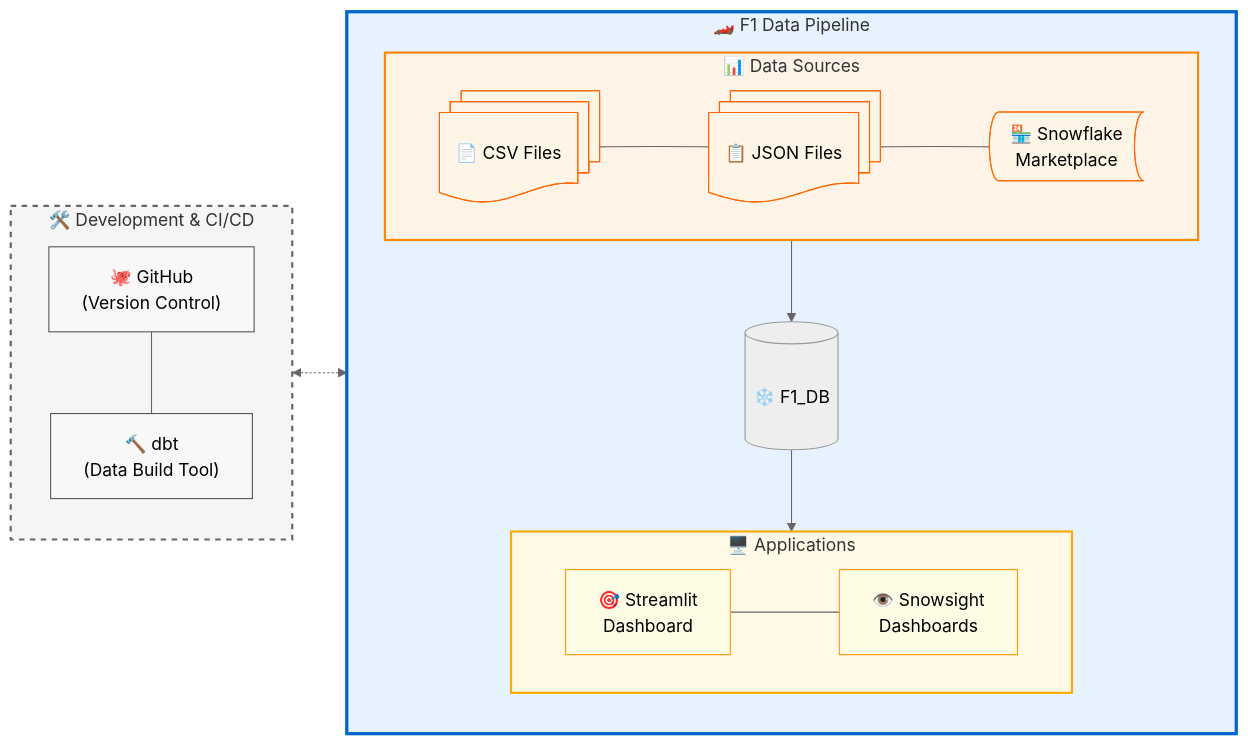
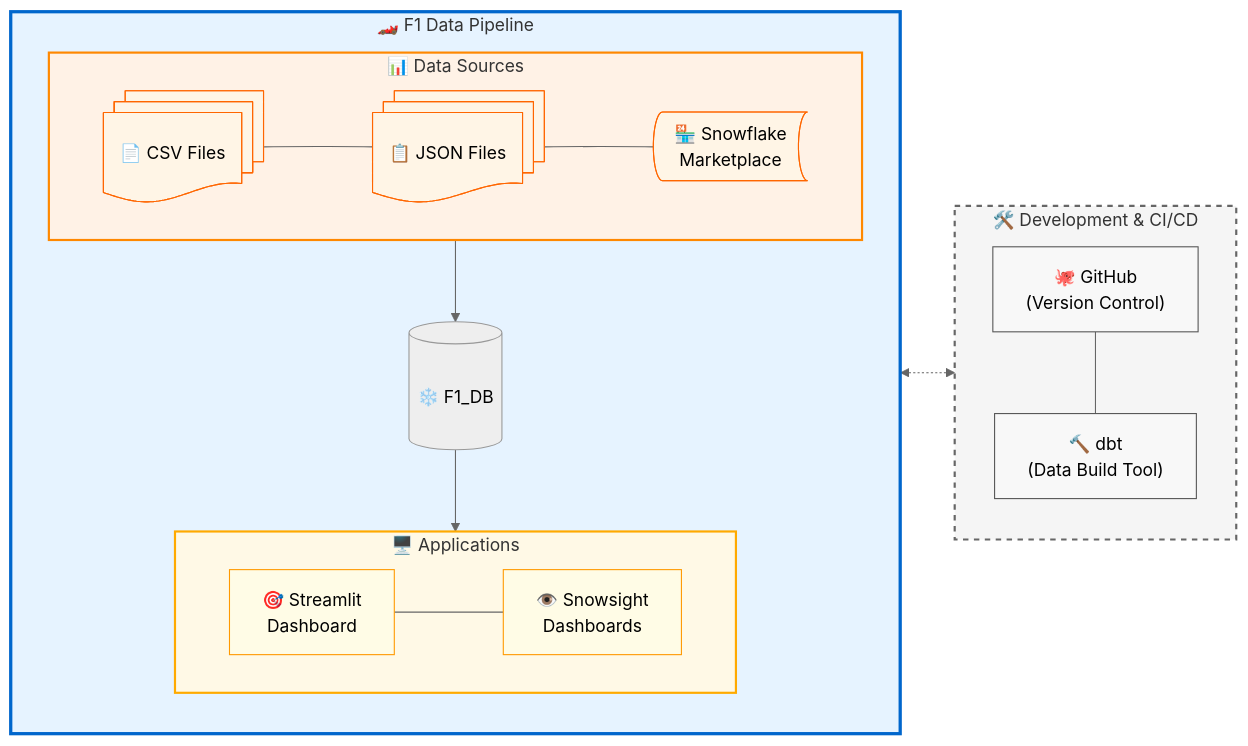
Before and after one commit to guillermocontp/Snowflake-project: the first of 2 diagrams in Documentation/Doc.md, drawn with Mermaid (neutral theme). The commit also changed other lines of this file and 1 other file, not shown here.

Commit message:
added diagram picture and further refined documentation

````diff
--- a/Documentation/Doc.md
+++ b/Documentation/Doc.md
@@ -57,54 +22,54 @@
 ```mermaid
 flowchart LR
   subgraph pipeline["🏎️ F1 Data Pipeline"]
     direction TB
     
     subgraph sources["📊 Data Sources"]
         direction LR
         csv@{ shape: docs, label: "📄 CSV Files" }
         json@{ shape: docs, label: "📋 JSON Files" }
         
         marketplace@{ shape: bow-rect, label: "🏪 Snowflake<br/>Marketplace" }
         
         csv --- json --- marketplace
     end
     
     sources --> database@{ shape: cyl, label: "
     ❄️ F1_DB <br/>
     
     " }
 
     database --> applications["🖥️ Applications"]
     
     subgraph applications["🖥️ Applications"]
         direction LR
         
         streamlit["🎯 Streamlit<br/>Dashboard"]
         snowsight["👁️ Snowsight<br/>Dashboards"]
         streamlit --- snowsight
     end
   end
   
   subgraph ci["🛠️ Development & CI/CD"]
     direction TB
     github["🐙 GitHub<br/>(Version Control)"]
     dbt["🔨 dbt<br/>(Data Build Tool)"]
     github --- dbt
   end
   
-  ci <-.-> pipeline
+  pipeline <-.-> ci
   
   %% Styling
   style pipeline fill:#e6f3ff,stroke:#0066cc,stroke-width:3px
   style sources fill:#fff2e6,stroke:#ff8800,stroke-width:2px
   style applications fill:#fff9e6,stroke:#ffaa00,stroke-width:2px
   style ci fill:#f5f5f5,stroke:#666666,stroke-width:2px,stroke-dasharray: 5 5
   
   style csv fill:#fff5e6,stroke:#ff6600
   style json fill:#fff5e6,stroke:#ff6600
   style marketplace fill:#fff5e6,stroke:#ff6600
   style streamlit fill:#fffce6,stroke:#ff9900
   style snowsight fill:#fffce6,stroke:#ff9900
   style github fill:#f8f8f8,stroke:#555555
   style dbt fill:#f8f8f8,stroke:#555555
 ```
````
